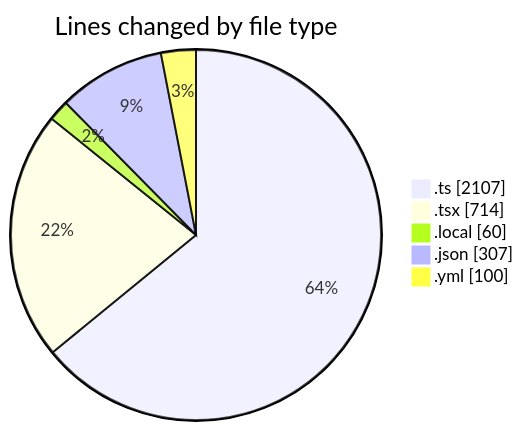
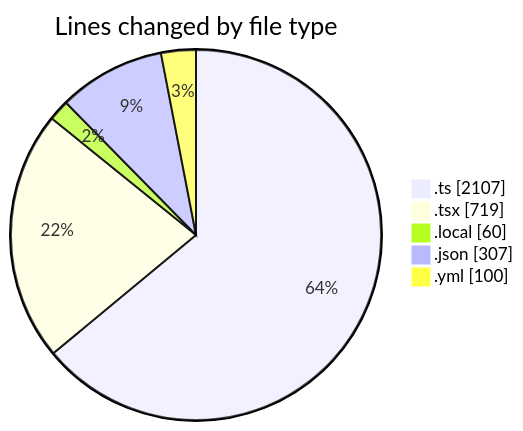
The first of 2 diagrams in 2025-11-26/eventscop-frontend-guide__workspace_/README.md (julien-gomy/code-tracking), drawn with Mermaid before and after one commit. The commit also changed other lines of this file and 1 other file, not shown here.

````diff
--- a/2025-11-26/eventscop-frontend-guide__workspace_/README.md
+++ b/2025-11-26/eventscop-frontend-guide__workspace_/README.md
@@ -34,9 +34,9 @@
 ```mermaid
 pie showData
 title Lines changed by file type
 ".ts" : 2107
-".tsx" : 714
+".tsx" : 719
 ".local" : 60
 ".json" : 307
 ".yml" : 100
 ```
````
